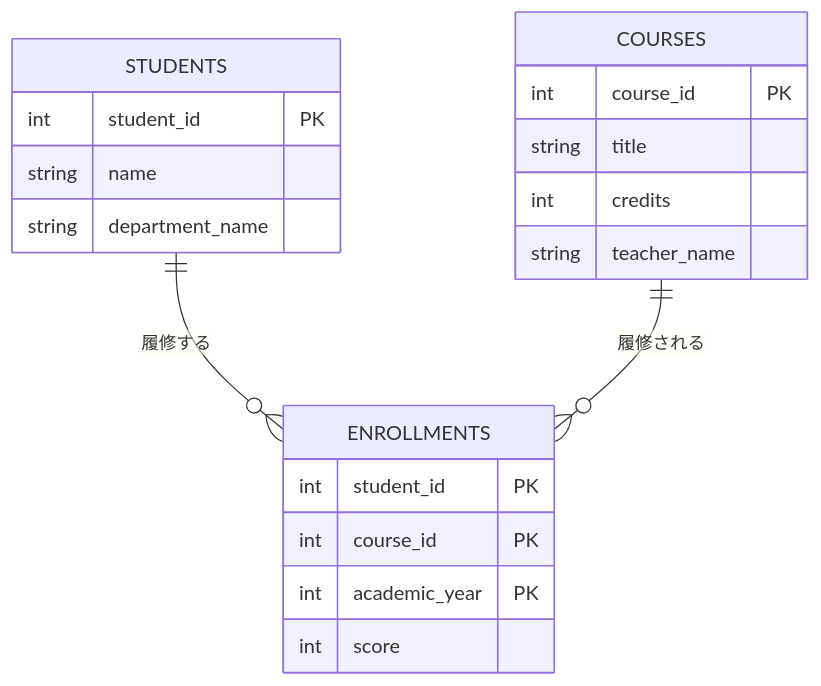
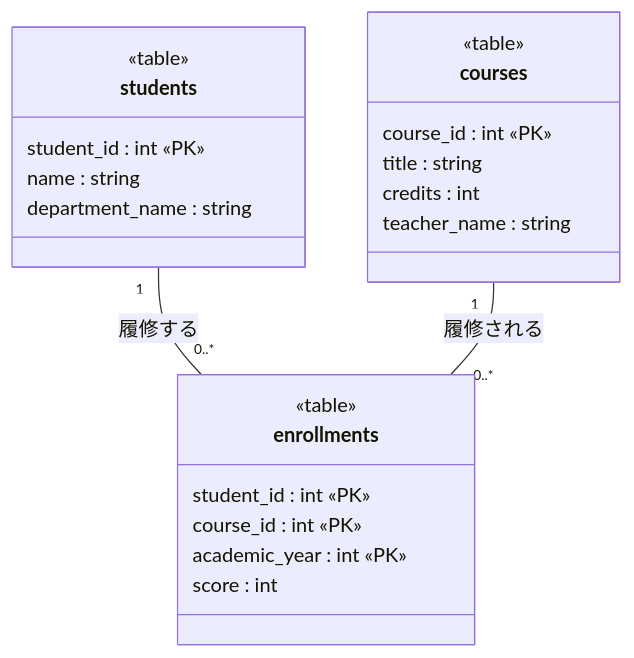
The third of 6 diagrams in データベース/05_正規化.md (YTS0418/PRMN_SYSTEM_Lecture), drawn with Mermaid before and after one commit. The commit also changed other lines of this file and 3 other files, not shown here.

First line of the commit message:
ER図をUMLクラス図の表記に変更し、ドメインモデルとの違いを追記

````diff
--- a/データベース/05_正規化.md
+++ b/データベース/05_正規化.md
@@ -183,22 +183,25 @@
 ```mermaid
-erDiagram
-    STUDENTS ||--o{ ENROLLMENTS : "履修する"
-    COURSES ||--o{ ENROLLMENTS : "履修される"
-    STUDENTS {
-        int student_id PK
-        string name
-        string department_name
+classDiagram
+    students "1" -- "0..*" enrollments : 履修する
+    courses "1" -- "0..*" enrollments : 履修される
+    class students {
+        <<table>>
+        student_id : int «PK»
+        name : string
+        department_name : string
     }
-    COURSES {
-        int course_id PK
-        string title
-        int credits
-        string teacher_name
+    class courses {
+        <<table>>
+        course_id : int «PK»
+        title : string
+        credits : int
+        teacher_name : string
     }
-    ENROLLMENTS {
-        int student_id PK
-        int course_id PK
-        int academic_year PK
-        int score
+    class enrollments {
+        <<table>>
+        student_id : int «PK»
+        course_id : int «PK»
+        academic_year : int «PK»
+        score : int
     }
 ```
````
